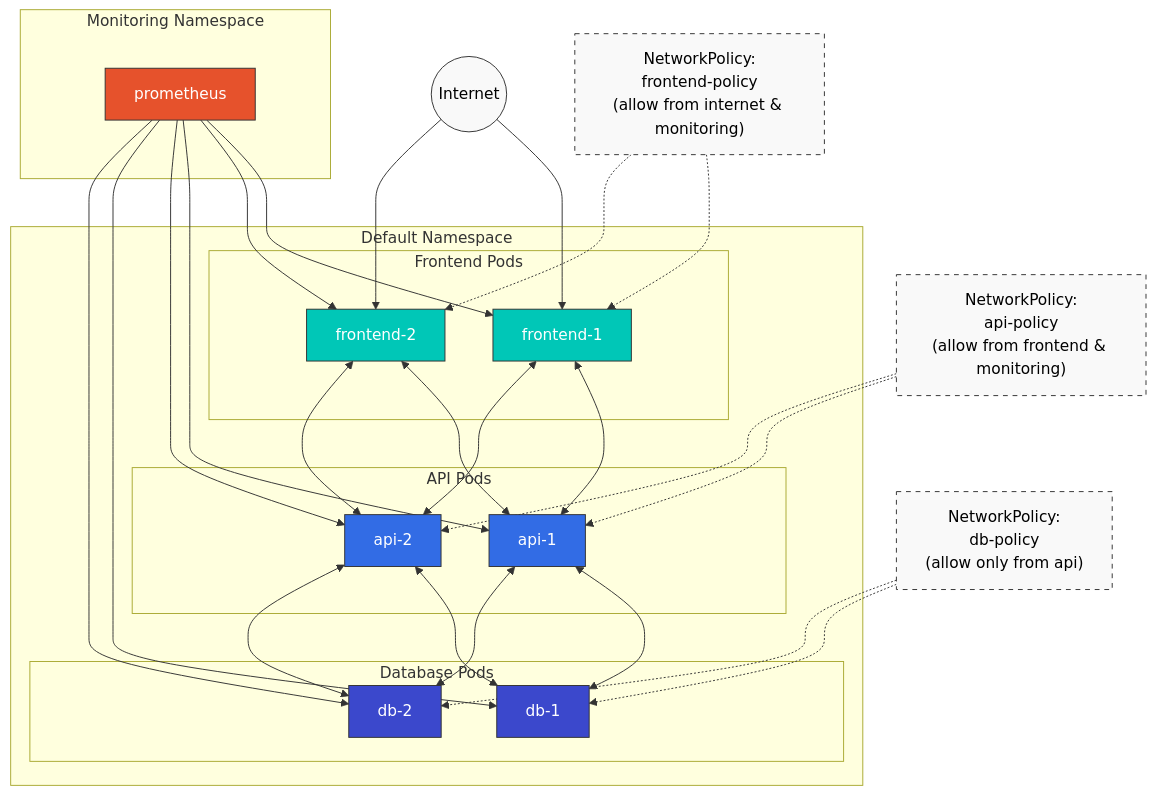
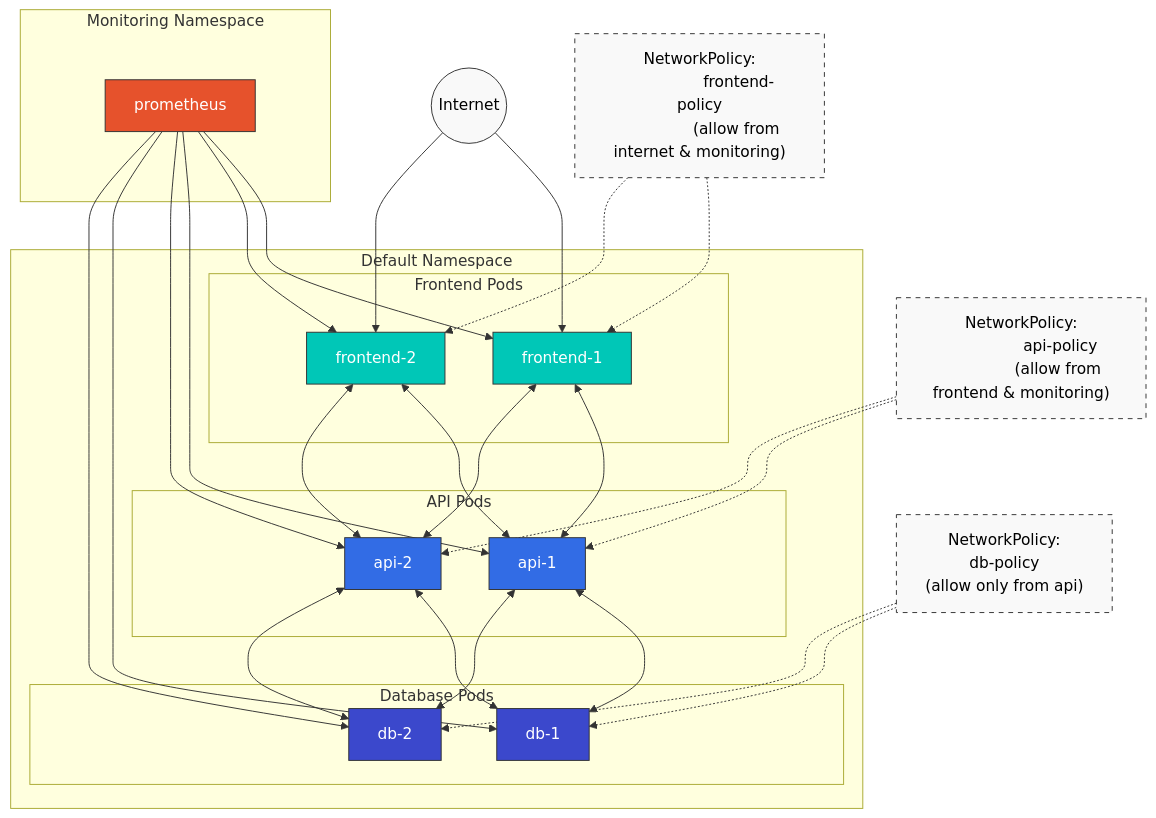
One commit to Atom-oh/kubernetes-docs changed the fifth of 6 diagrams in basics/03-kubernetes-introduction.md. Above: the diagram before and after it, drawn with Mermaid. The commit also changed other lines of this file and 10 other files, not shown here.

Commit message:
mermaid endline update

````diff
--- a/basics/03-kubernetes-introduction.md
+++ b/basics/03-kubernetes-introduction.md
@@ -846,55 +857,61 @@
 ```mermaid
 flowchart TB
     subgraph "Default Namespace"
         subgraph "Frontend Pods"
             FE1["frontend-1"]
             FE2["frontend-2"]
         end
         
         subgraph "API Pods"
             API1["api-1"]
             API2["api-2"]
         end
         
         subgraph "Database Pods"
             DB1["db-1"]
             DB2["db-2"]
         end
         
         FE1 & FE2 <--> API1 & API2
         API1 & API2 <--> DB1 & DB2
     end
     
     subgraph "Monitoring Namespace"
         PROM["prometheus"]
     end
     
     PROM --> FE1 & FE2 & API1 & API2 & DB1 & DB2
     
     INTERNET((Internet)) --> FE1 & FE2
     
     %% 네트워크 정책 표시
-    NP_DB["NetworkPolicy:\ndb-policy\n(allow only from api)"]
-    NP_API["NetworkPolicy:\napi-policy\n(allow from frontend & monitoring)"]
-    NP_FE["NetworkPolicy:\nfrontend-policy\n(allow from internet & monitoring)"]
+    NP_DB["NetworkPolicy:
+                db-policy
+                (allow only from api)"]
+    NP_API["NetworkPolicy:
+                api-policy
+                (allow from frontend & monitoring)"]
+    NP_FE["NetworkPolicy:
+                frontend-policy
+                (allow from internet & monitoring)"]
     
     NP_DB -.-> DB1 & DB2
     NP_API -.-> API1 & API2
     NP_FE -.-> FE1 & FE2
     
     %% 스타일 정의
     classDef frontend fill:#00C7B7,stroke:#333,stroke-width:1px,color:white;
     classDef api fill:#326CE5,stroke:#333,stroke-width:1px,color:white;
     classDef db fill:#3B48CC,stroke:#333,stroke-width:1px,color:white;
     classDef monitoring fill:#E6522C,stroke:#333,stroke-width:1px,color:white;
     classDef policy fill:#f9f9f9,stroke:#333,stroke-width:1px,color:black,stroke-dasharray: 5 5;
     classDef internet fill:#f9f9f9,stroke:#333,stroke-width:1px,color:black;
     
     %% 클래스 적용
     class FE1,FE2 frontend;
     class API1,API2 api;
     class DB1,DB2 db;
     class PROM monitoring;
     class NP_DB,NP_API,NP_FE policy;
     class INTERNET internet;
 ```
````
